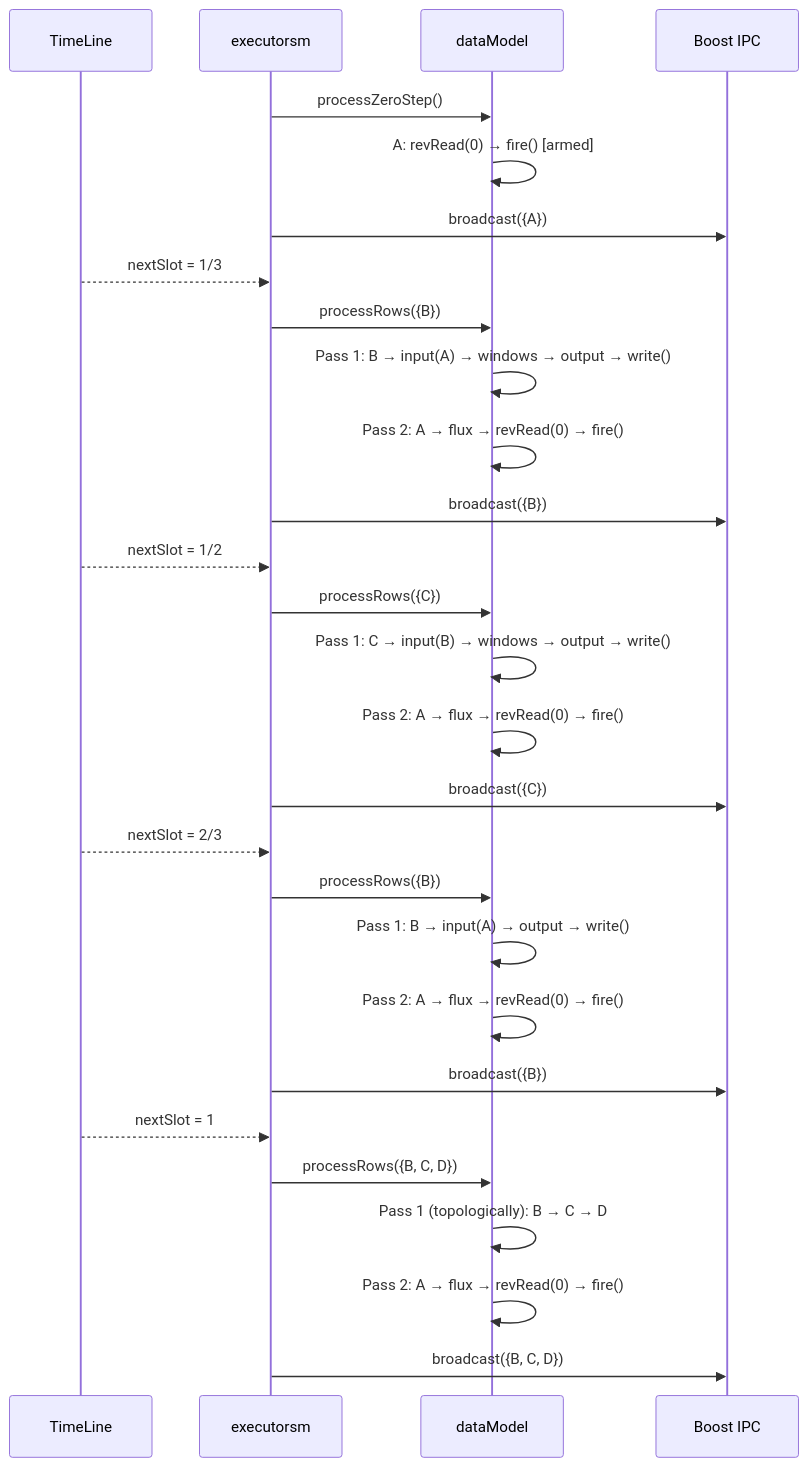
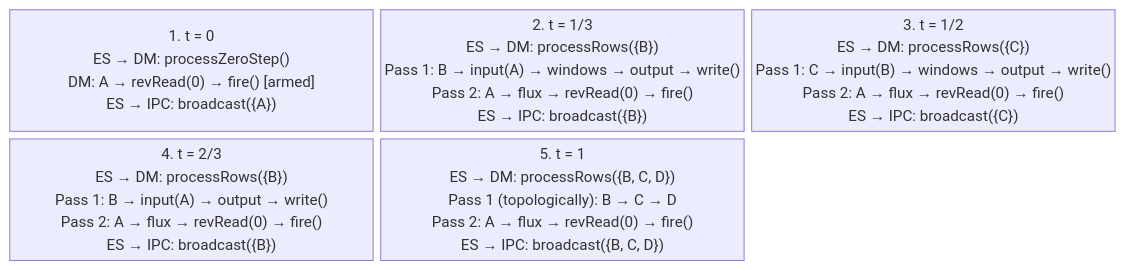
One commit to michalwidera/documentation-rdb changed the sixth of 6 diagrams in query-execution/query-tree-traversal-algorithm.md. Above: the diagram before and after it, drawn with Mermaid. The commit also changed other lines of this file and 11 other files, not shown here.

````diff
--- a/query-execution/query-tree-traversal-algorithm.md
+++ b/query-execution/query-tree-traversal-algorithm.md
@@ -195,35 +196,13 @@
 ```mermaid
-sequenceDiagram
-    participant TL as TimeLine
-    participant ES as executorsm
-    participant DM as dataModel
-    participant IPC as Boost IPC
-
-    ES->>DM: processZeroStep()
-    DM->>DM: A: revRead(0) → fire() [armed]
-    ES->>IPC: broadcast({A})
-
-    TL-->>ES: nextSlot = 1/3
-    ES->>DM: processRows({B})
-    DM->>DM: Pass 1: B → input(A) → windows → output → write()
-    DM->>DM: Pass 2: A → flux → revRead(0) → fire()
-    ES->>IPC: broadcast({B})
-
-    TL-->>ES: nextSlot = 1/2
-    ES->>DM: processRows({C})
-    DM->>DM: Pass 1: C → input(B) → windows → output → write()
-    DM->>DM: Pass 2: A → flux → revRead(0) → fire()
-    ES->>IPC: broadcast({C})
-
-    TL-->>ES: nextSlot = 2/3
-    ES->>DM: processRows({B})
-    DM->>DM: Pass 1: B → input(A) → output → write()
-    DM->>DM: Pass 2: A → flux → revRead(0) → fire()
-    ES->>IPC: broadcast({B})
-
-    TL-->>ES: nextSlot = 1
-    ES->>DM: processRows({B, C, D})
-    DM->>DM: Pass 1 (topologically): B → C → D
-    DM->>DM: Pass 2: A → flux → revRead(0) → fire()
-    ES->>IPC: broadcast({B, C, D})
+%% pdf-width: 85%
+%% pdf-height: 45%
+%%{init: {"markdownAutoWrap": false}}%%
+block-beta
+    columns 3
+    Z["1. t = 0<br/>ES → DM: processZeroStep()<br/>DM: A → revRead(0) → fire() [armed]<br/>ES → IPC: broadcast({A})"]
+    T13["2. t = 1/3<br/>ES → DM: processRows({B})<br/>Pass 1: B → input(A) → windows → output → write()<br/>Pass 2: A → flux → revRead(0) → fire()<br/>ES → IPC: broadcast({B})"]
+    T12["3. t = 1/2<br/>ES → DM: processRows({C})<br/>Pass 1: C → input(B) → windows → output → write()<br/>Pass 2: A → flux → revRead(0) → fire()<br/>ES → IPC: broadcast({C})"]
+    T23["4. t = 2/3<br/>ES → DM: processRows({B})<br/>Pass 1: B → input(A) → output → write()<br/>Pass 2: A → flux → revRead(0) → fire()<br/>ES → IPC: broadcast({B})"]
+    T1["5. t = 1<br/>ES → DM: processRows({B, C, D})<br/>Pass 1 (topologically): B → C → D<br/>Pass 2: A → flux → revRead(0) → fire()<br/>ES → IPC: broadcast({B, C, D})"]
+    space:1
 ```
````
